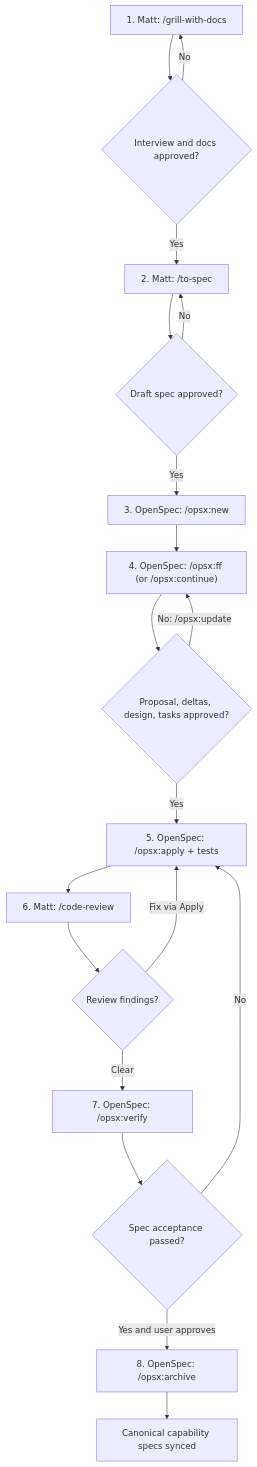
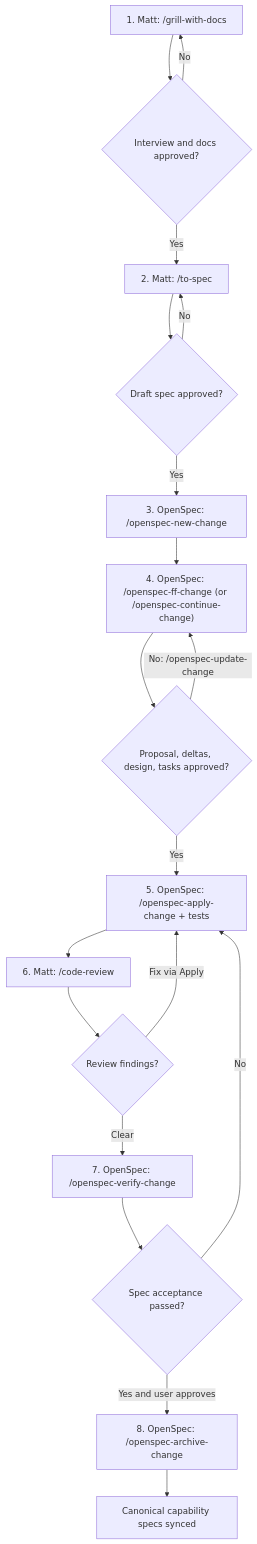
The diagram in skills/spec-fusion/references/WORKFLOW.md (youbolan/spec-fusion), drawn with Mermaid before and after one commit. The commit also changed other lines of this file and 18 other files, not shown here.

Commit message:
chore: release 0.3.1 with OpenSpec v2.0.0 support

````diff
--- a/skills/spec-fusion/references/WORKFLOW.md
+++ b/skills/spec-fusion/references/WORKFLOW.md
@@ -5,21 +5,21 @@
 ```mermaid
 flowchart TD
     A["1. Matt: /grill-with-docs"] --> B{"Interview and docs approved?"}
     B -->|No| A
     B -->|Yes| C["2. Matt: /to-spec"]
     C --> D{"Draft spec approved?"}
     D -->|No| C
-    D -->|Yes| E["3. OpenSpec: /opsx:new"]
-    E --> F["4. OpenSpec: /opsx:ff (or /opsx:continue)"]
+    D -->|Yes| E["3. OpenSpec: /openspec-new-change"]
+    E --> F["4. OpenSpec: /openspec-ff-change (or /openspec-continue-change)"]
     F --> G{"Proposal, deltas, design, tasks approved?"}
-    G -->|No: /opsx:update| F
-    G -->|Yes| H["5. OpenSpec: /opsx:apply + tests"]
+    G -->|No: /openspec-update-change| F
+    G -->|Yes| H["5. OpenSpec: /openspec-apply-change + tests"]
     H --> I["6. Matt: /code-review"]
     I --> J{"Review findings?"}
     J -->|Fix via Apply| H
-    J -->|Clear| K["7. OpenSpec: /opsx:verify"]
+    J -->|Clear| K["7. OpenSpec: /openspec-verify-change"]
     K --> L{"Spec acceptance passed?"}
     L -->|No| H
-    L -->|Yes and user approves| M["8. OpenSpec: /opsx:archive"]
+    L -->|Yes and user approves| M["8. OpenSpec: /openspec-archive-change"]
     M --> N["Canonical capability specs synced"]
 ```
````
